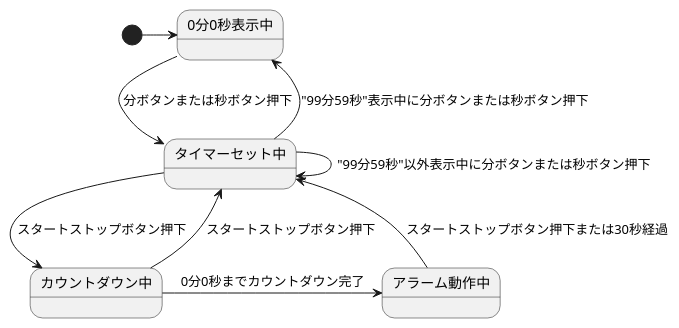
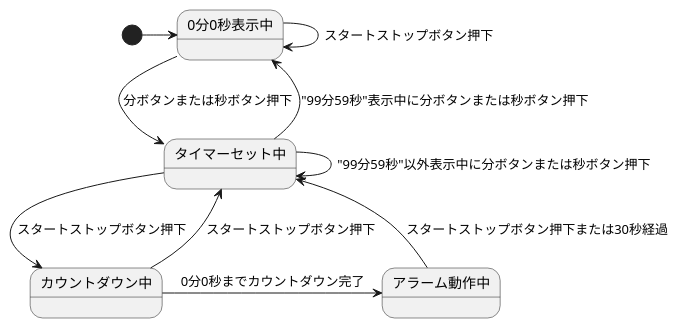
The second of 3 diagrams in 仕様記述.adoc (taiga828/testcace_WS), drawn with PlantUML before and after one commit. The commit also changed other lines of this file, not shown here.

```diff
--- a/仕様記述.adoc
+++ b/仕様記述.adoc
@@ -67,17 +69,18 @@
 [plantuml]
 ----
 'statemachine diagram
 state 0分0秒表示中
 state タイマーセット中
 state カウントダウン中
 state アラーム動作中
 
 [*] -> 0分0秒表示中
+0分0秒表示中 -> 0分0秒表示中: スタートストップボタン押下
 0分0秒表示中 -> タイマーセット中: 分ボタンまたは秒ボタン押下
 タイマーセット中 --> 0分0秒表示中: "99分59秒"表示中に分ボタンまたは秒ボタン押下
 タイマーセット中 -> タイマーセット中: "99分59秒"以外表示中に分ボタンまたは秒ボタン押下
 タイマーセット中 --> カウントダウン中: スタートストップボタン押下
 カウントダウン中 --> タイマーセット中: スタートストップボタン押下
 カウントダウン中 -> アラーム動作中: 0分0秒までカウントダウン完了
 アラーム動作中 -> タイマーセット中: スタートストップボタン押下または30秒経過
 ----
```
